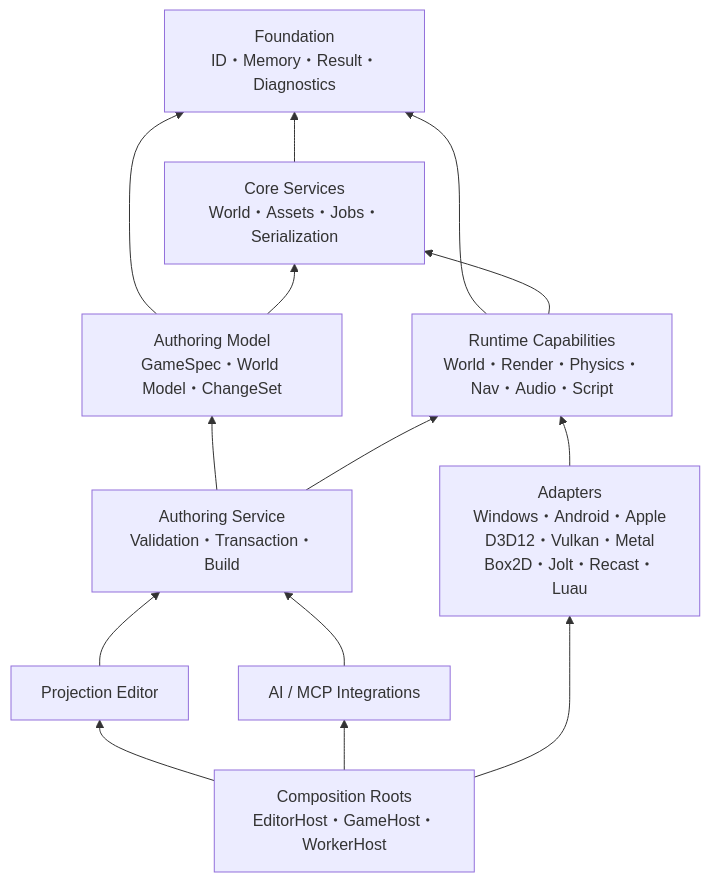
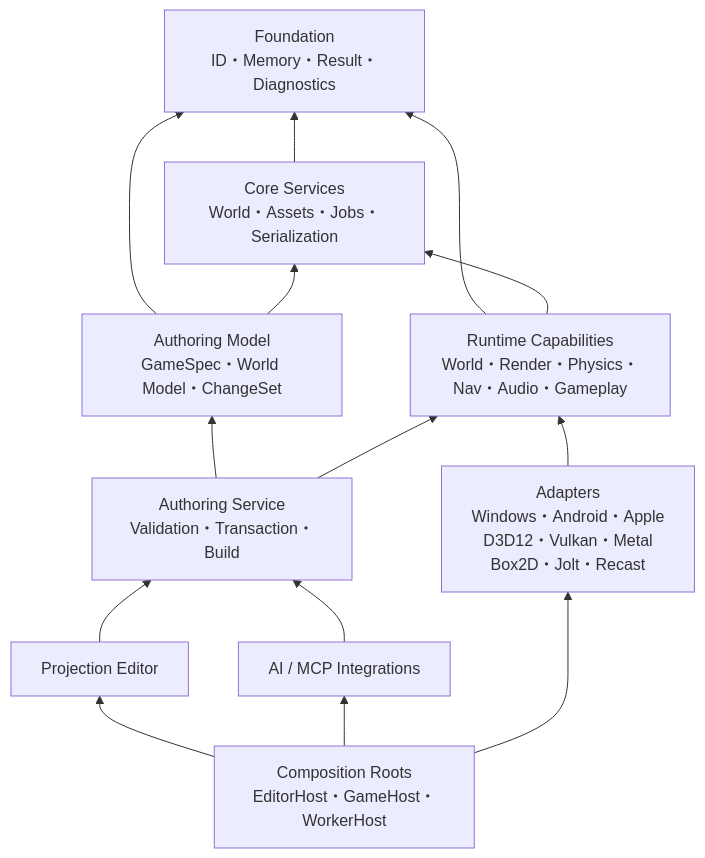
Before and after one commit to y2ikgm89/miraikanai-engine: the diagram in docs/superpowers/specs/2026-07-19-engine-foundation-architecture-design.md, drawn with Mermaid. The commit also changed other lines of this file and 10 other files, not shown here.

Commit message:
docs: adopt C++ and structured game data architecture

````diff
--- a/docs/superpowers/specs/2026-07-19-engine-foundation-architecture-design.md
+++ b/docs/superpowers/specs/2026-07-19-engine-foundation-architecture-design.md
@@ -173,26 +174,26 @@
 ```mermaid
 flowchart BT
   Foundation["Foundation\nID・Memory・Result・Diagnostics"]
   CoreServices["Core Services\nWorld・Assets・Jobs・Serialization"]
   Model["Authoring Model\nGameSpec・World Model・ChangeSet"]
-  Runtime["Runtime Capabilities\nWorld・Render・Physics・Nav・Audio・Script"]
-  Adapters["Adapters\nWindows・Android・Apple\nD3D12・Vulkan・Metal\nBox2D・Jolt・Recast・Luau"]
+  Runtime["Runtime Capabilities\nWorld・Render・Physics・Nav・Audio・Gameplay"]
+  Adapters["Adapters\nWindows・Android・Apple\nD3D12・Vulkan・Metal\nBox2D・Jolt・Recast"]
   Authoring["Authoring Service\nValidation・Transaction・Build"]
   Editor["Projection Editor"]
   Integrations["AI / MCP Integrations"]
   Hosts["Composition Roots\nEditorHost・GameHost・WorkerHost"]
 
   CoreServices --> Foundation
   Model --> Foundation
   Model --> CoreServices
   Runtime --> Foundation
   Runtime --> CoreServices
   Adapters --> Runtime
   Authoring --> Model
   Authoring --> Runtime
   Editor --> Authoring
   Integrations --> Authoring
   Hosts --> Editor
   Hosts --> Integrations
   Hosts --> Adapters
 ```
````
